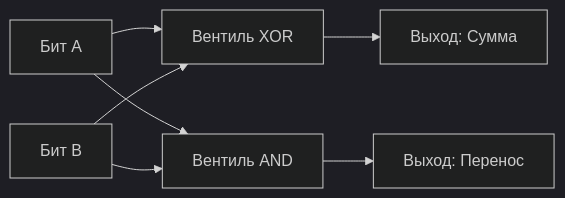
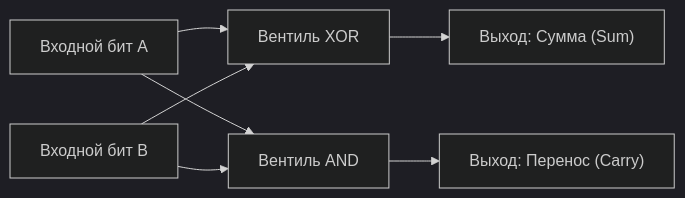
Before and after one commit to UnrealTemplier/go-textbook: the first of 3 diagrams in sources/1. Архитектура компьютера/3. Комбинационная логика. Учим кремний считать.md, drawn with Mermaid (dark theme). The commit also changed other lines of this file, not shown here.

````diff
--- a/sources/1. Архитектура компьютера/3. Комбинационная логика. Учим кремний считать.md
+++ b/sources/1. Архитектура компьютера/3. Комбинационная логика. Учим кремний считать.md
@@ -35,9 +47,11 @@
 ```mermaid
 flowchart LR
-    A["Бит A"] --> XOR["Вентиль XOR"]
-    B["Бит B"] --> XOR
+    A["Входной бит A"] --> XOR["Вентиль XOR"]
+    B["Входной бит B"] --> XOR
+    
     A --> AND["Вентиль AND"]
     B --> AND
-    XOR --> SUM["Выход: Сумма"]
-    AND --> CARRY["Выход: Перенос"]
+    
+    XOR --> SUM["Выход: Сумма (Sum)"]
+    AND --> CARRY["Выход: Перенос (Carry)"]
 ```
````
